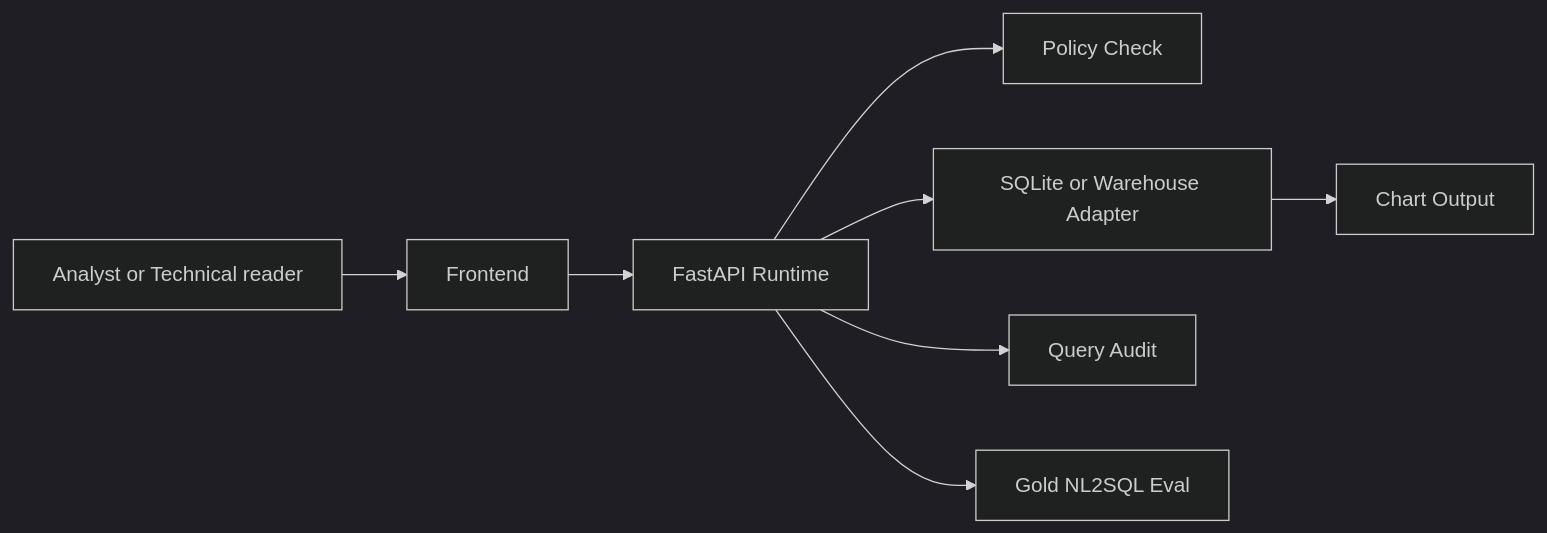
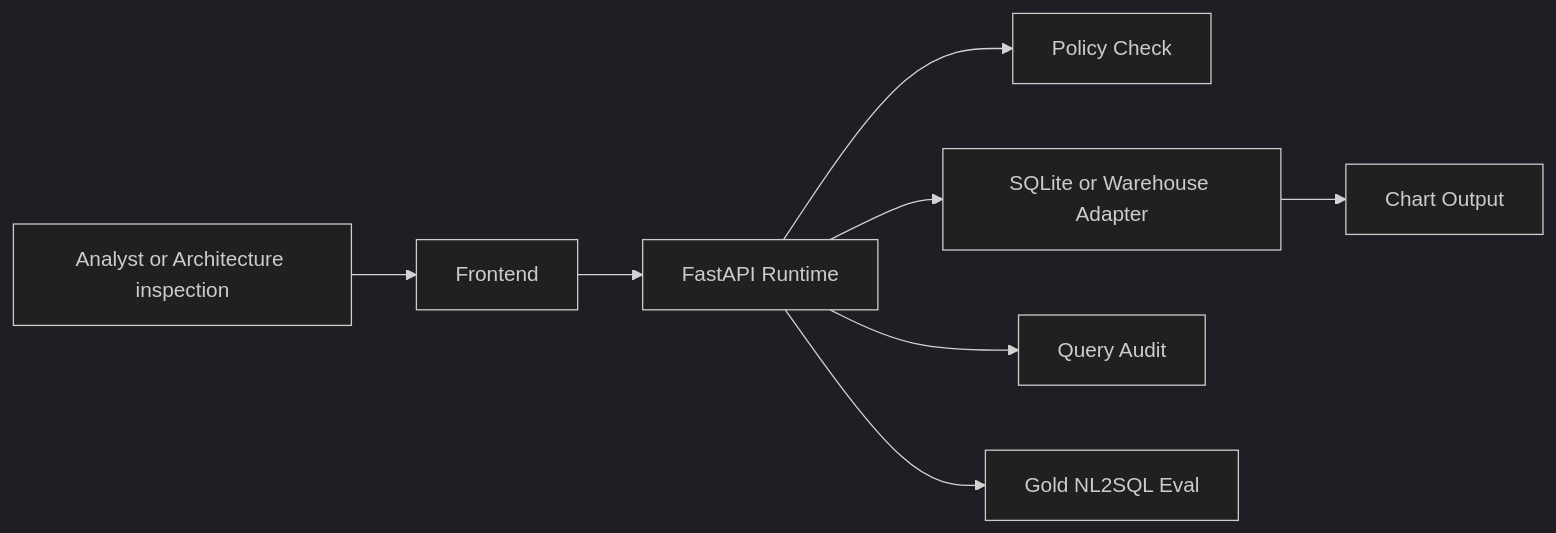
One commit to KIM3310/Nexus-Hive changed the diagram in docs/solution-architecture.md. Above: the diagram before and after it, drawn with Mermaid (dark theme). The commit also changed other lines of this file and 23 other files, not shown here.

Commit message:
Polish architecture-centered repository surfaces

````diff
--- a/docs/solution-architecture.md
+++ b/docs/solution-architecture.md
@@ -16,10 +16,10 @@
 ```mermaid
 flowchart LR
-  User[Analyst or Technical reader] --> UI[Frontend]
+  User[Analyst or Architecture inspection] --> UI[Frontend]
   UI --> API[FastAPI Runtime]
   API --> Policy[Policy Check]
   API --> Warehouse[SQLite or Warehouse Adapter]
   API --> Audit[Query Audit]
   API --> Eval[Gold NL2SQL Eval]
   Warehouse --> Chart[Chart Output]
 ```
````
